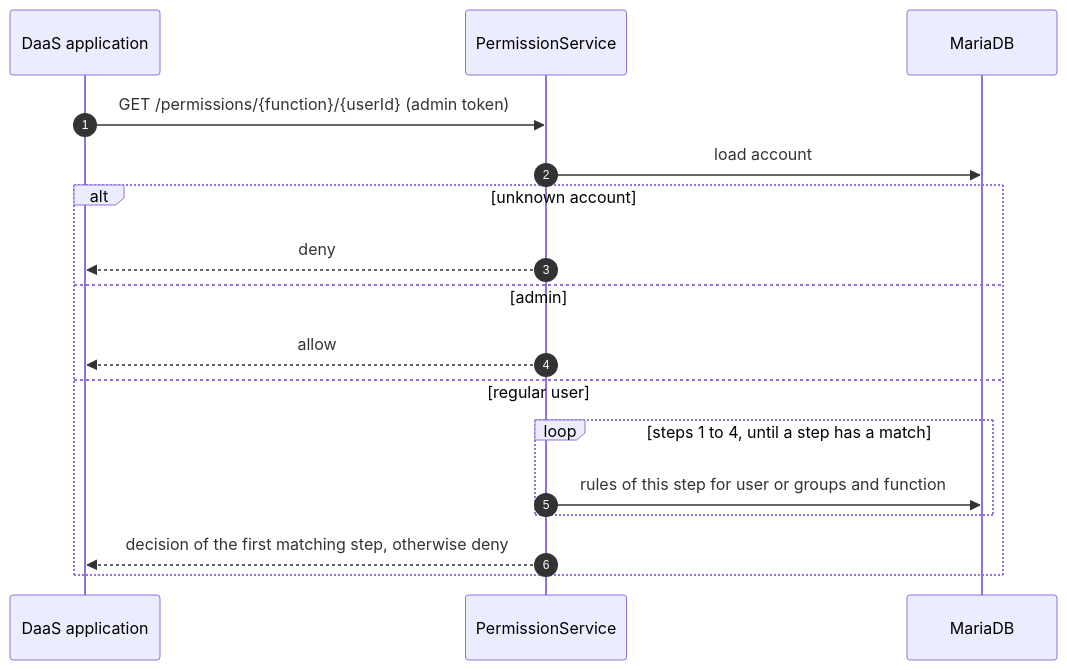
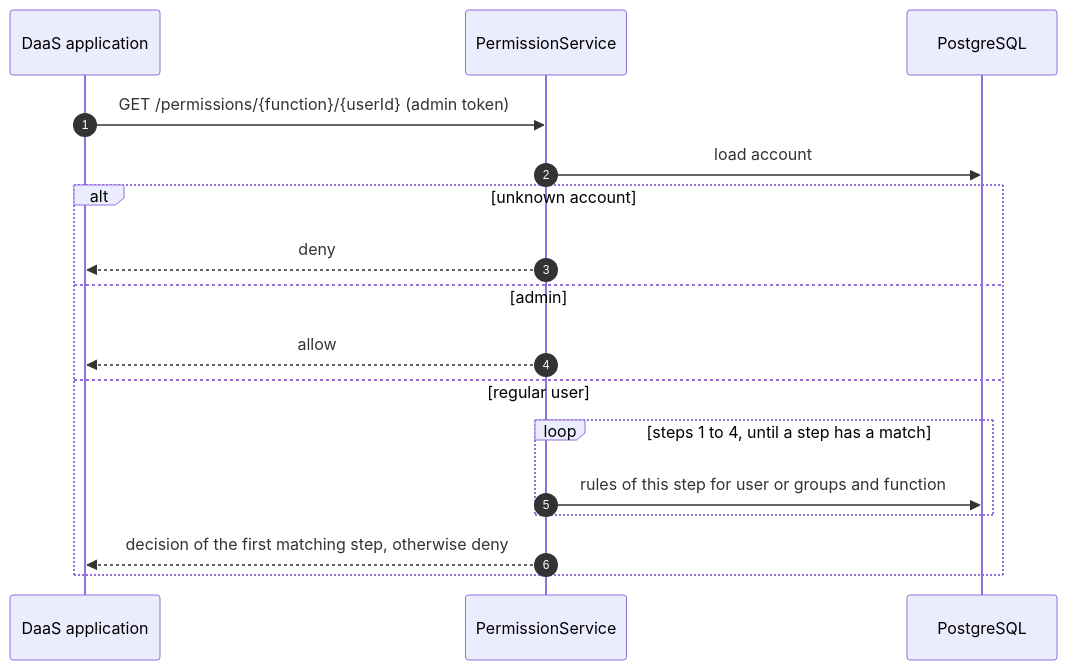
One commit to design-daas-fra-uas/design-daas-backend-java changed the diagram in docs/images/src/arc42-6-3-permission-check-by-the-daas-application.mmd. Above: the diagram before and after it, drawn with Mermaid. The commit also changed 20 other files, not shown here.

Commit message:
change mariaDb to PostgreSQL

```diff
--- a/docs/images/src/arc42-6-3-permission-check-by-the-daas-application.mmd
+++ b/docs/images/src/arc42-6-3-permission-check-by-the-daas-application.mmd
@@ -1,17 +1,17 @@
 sequenceDiagram
     autonumber
     participant D as DaaS application
     participant P as PermissionService
-    participant DB as MariaDB
+    participant DB as PostgreSQL
     D->>P: GET /permissions/{function}/{userId} (admin token)
     P->>DB: load account
     alt unknown account
         P-->>D: deny
     else admin
         P-->>D: allow
     else regular user
         loop steps 1 to 4, until a step has a match
             P->>DB: rules of this step for user or groups and function
         end
         P-->>D: decision of the first matching step, otherwise deny
     end
```
